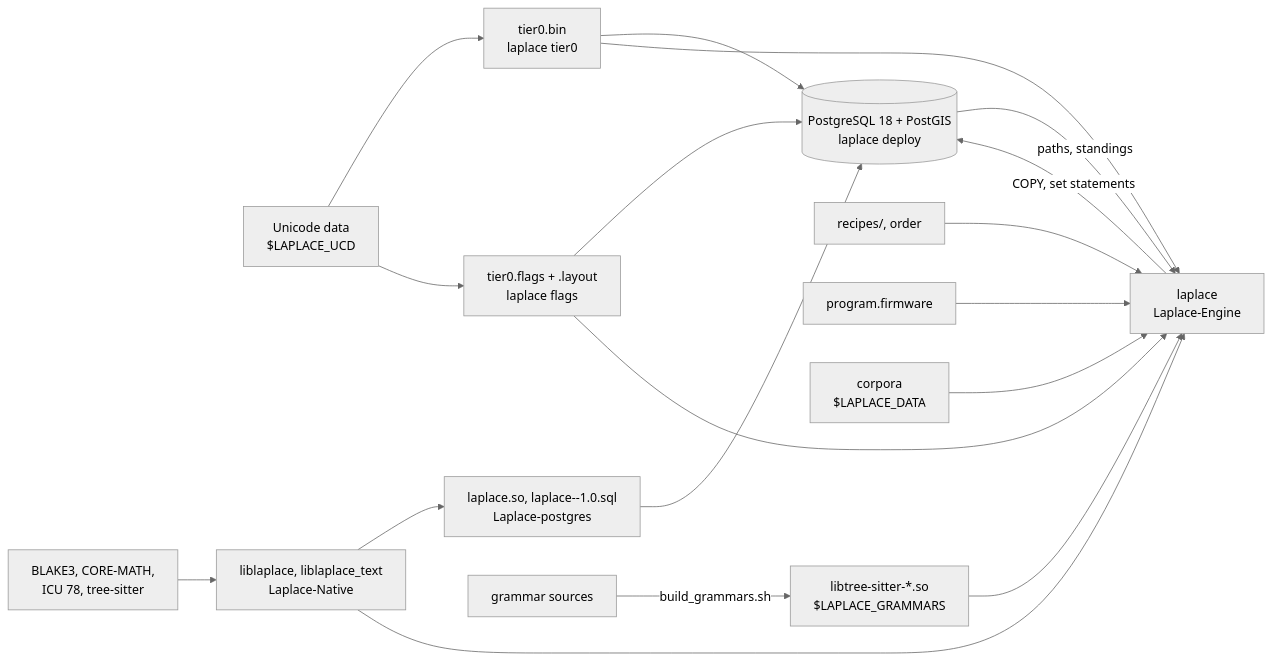
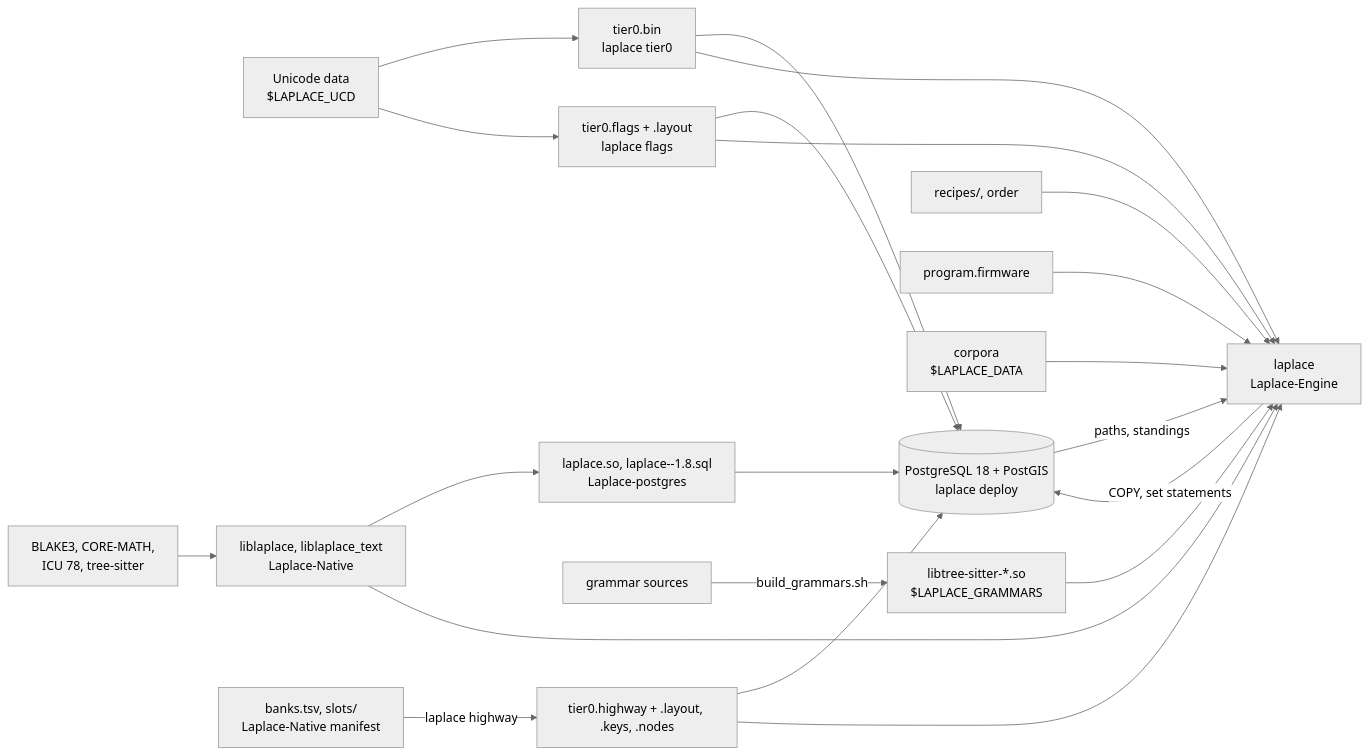
Before and after one commit to SaltyPatron/Laplace-Wiki: the diagram in Reference/Repositories.md, drawn with Mermaid (neutral theme). The commit also changed other lines of this file and 8 other files, not shown here.

````diff
--- a/Reference/Repositories.md
+++ b/Reference/Repositories.md
@@ -21,20 +23,23 @@
 ```mermaid
 flowchart LR
     UCD[Unicode data<br>$LAPLACE_UCD] --> T0[tier0.bin<br>laplace tier0]
     UCD --> FL[tier0.flags + .layout<br>laplace flags]
     BL[BLAKE3, CORE-MATH,<br>ICU 78, tree-sitter] --> NAT[liblaplace, liblaplace_text<br>Laplace-Native]
-    NAT --> EXT[laplace.so, laplace--1.0.sql<br>Laplace-postgres]
+    NAT --> EXT[laplace.so, laplace--1.8.sql<br>Laplace-postgres]
     NAT --> ENG[laplace<br>Laplace-Engine]
     GR[grammar sources] -->|build_grammars.sh| SO[libtree-sitter-*.so<br>$LAPLACE_GRAMMARS]
     SO --> ENG
     EXT --> DB[(PostgreSQL 18 + PostGIS<br>laplace deploy)]
     T0 --> DB
     FL --> DB
     T0 --> ENG
     FL --> ENG
+    MAN[banks.tsv, slots/<br>Laplace-Native manifest] -->|laplace highway| HW[tier0.highway + .layout, .keys, .nodes]
+    HW --> DB
+    HW --> ENG
     REC[recipes/, order] --> ENG
     FW[program.firmware] --> ENG
     DATA[corpora<br>$LAPLACE_DATA] --> ENG
     ENG -->|COPY, set statements| DB
     DB -->|paths, standings| ENG
 ```
````
